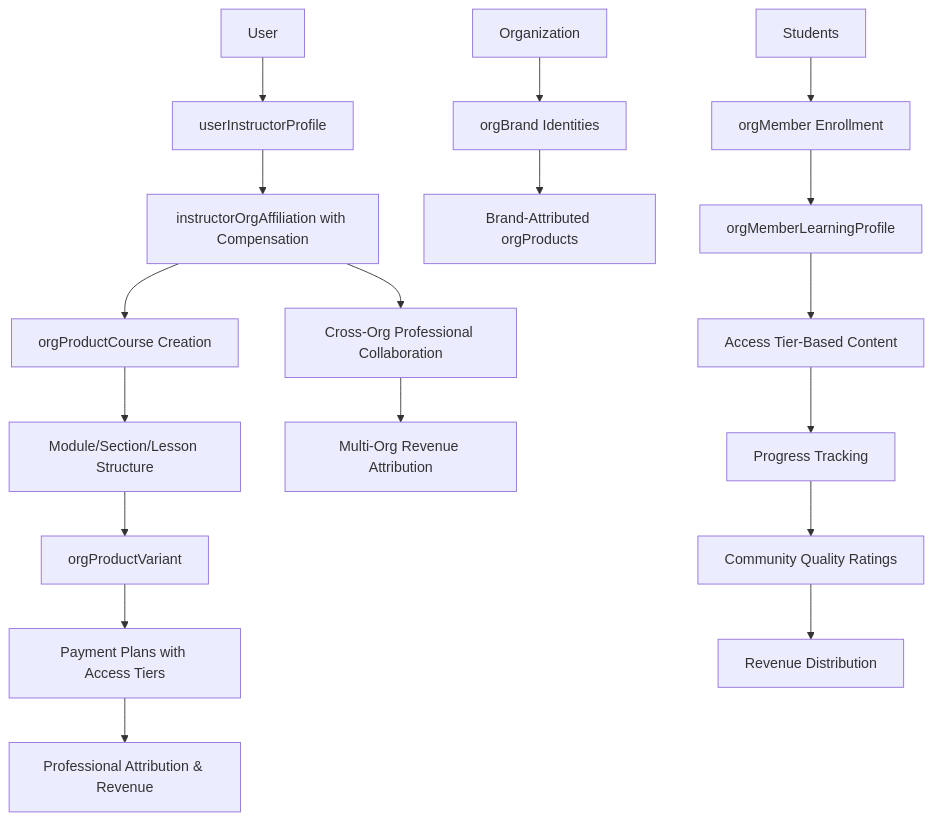
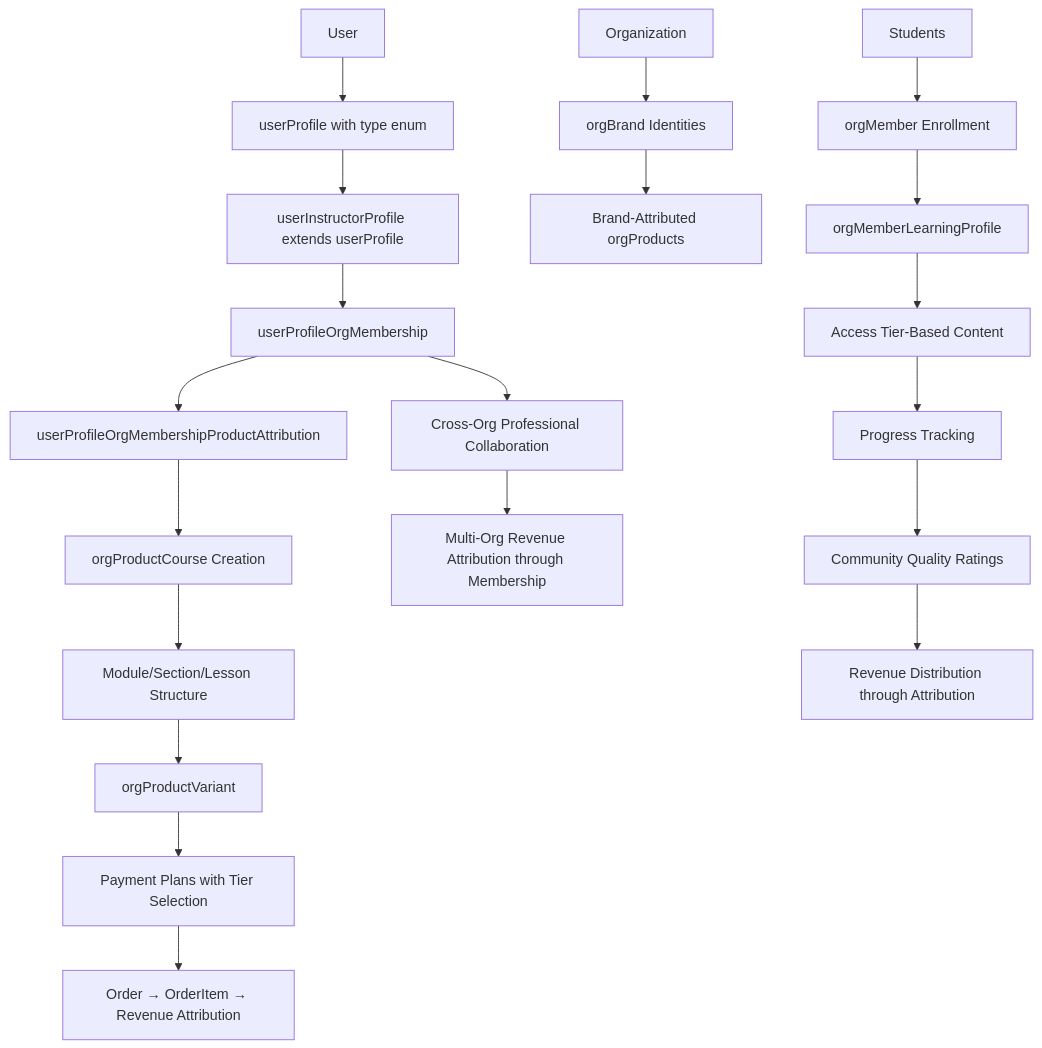
Before and after one commit to DreamEcho100/maze: the second of 6 diagrams in apps/volmify/src/server/libs/db/schema/README.md, drawn with Mermaid. The commit also changed other lines of this file and 3 other files, not shown here.

First line of the commit message:
Refactor order relations and schema definitions

````diff
--- a/apps/volmify/src/server/libs/db/schema/README.md
+++ b/apps/volmify/src/server/libs/db/schema/README.md
@@ -201,23 +218,25 @@
 ```mermaid
 graph TD
-    A[User] --> B[userInstructorProfile]
-    B --> C[instructorOrgAffiliation with Compensation]
-    C --> D[orgProductCourse Creation]
-    D --> E[Module/Section/Lesson Structure]
-    E --> F[orgProductVariant]
-    F --> G[Payment Plans with Access Tiers]
-    G --> H[Professional Attribution & Revenue]
+    A[User] --> B[userProfile with type enum]
+    B --> C[userInstructorProfile extends userProfile]
+    C --> D[userProfileOrgMembership]
+    D --> E[userProfileOrgMembershipProductAttribution]
+    E --> F[orgProductCourse Creation]
+    F --> G[Module/Section/Lesson Structure]
+    G --> H[orgProductVariant]
+    H --> I[Payment Plans with Tier Selection]
+    I --> J[Order → OrderItem → Revenue Attribution]
     
-    I[Organization] --> J[orgBrand Identities]
-    J --> K[Brand-Attributed orgProducts]
+    K[Organization] --> L[orgBrand Identities]
+    L --> M[Brand-Attributed orgProducts]
     
-    C --> L[Cross-Org Professional Collaboration]
-    L --> M[Multi-Org Revenue Attribution]
+    D --> N[Cross-Org Professional Collaboration]
+    N --> O[Multi-Org Revenue Attribution through Membership]
     
-    N[Students] --> O[orgMember Enrollment]
-    O --> P[orgMemberLearningProfile]
-    P --> Q[Access Tier-Based Content]
-    Q --> R[Progress Tracking]
-    R --> S[Community Quality Ratings]
-    S --> T[Revenue Distribution]
+    P[Students] --> Q[orgMember Enrollment]
+    Q --> R[orgMemberLearningProfile]
+    R --> S[Access Tier-Based Content]
+    S --> T[Progress Tracking]
+    T --> U[Community Quality Ratings]
+    U --> V[Revenue Distribution through Attribution]
 ```
````
